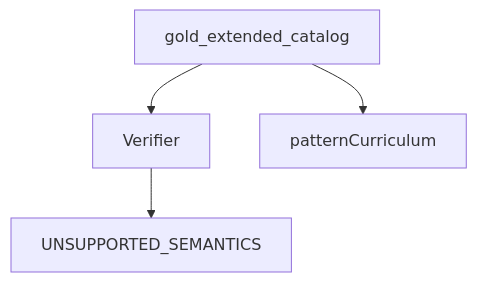
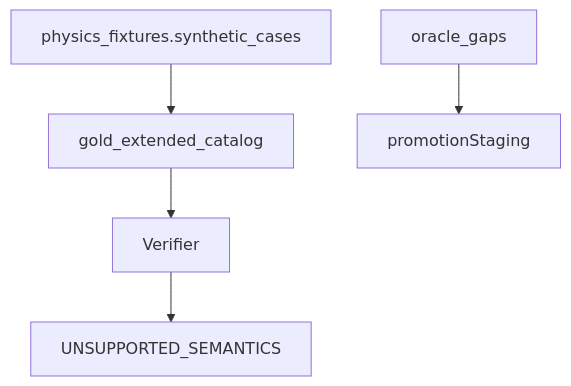
The diagram in src/mtg_loop_engine/corpus/gold_extended/README.md (witzbeck/mtg-loop-engine), drawn with Mermaid before and after one commit. The commit also changed other lines of this file and 75 other files, not shown here.

First line of the commit message:
Oracle-exact gold_core campaign (Waves 0–3) (#32)

````diff
--- a/src/mtg_loop_engine/corpus/gold_extended/README.md
+++ b/src/mtg_loop_engine/corpus/gold_extended/README.md
@@ -11,6 +11,7 @@
 ```mermaid
 graph TB;
-  stubs[gold_extended_catalog] --> verifier[Verifier];
+  physicsHost[physics_fixtures.synthetic_cases] --> stubs[gold_extended_catalog];
+  stubs --> verifier[Verifier];
+  gaps[oracle_gaps] --> staging[promotionStaging];
   verifier --> unsupported[UNSUPPORTED_SEMANTICS];
-  stubs --> curriculum[patternCurriculum];
 ```
````
